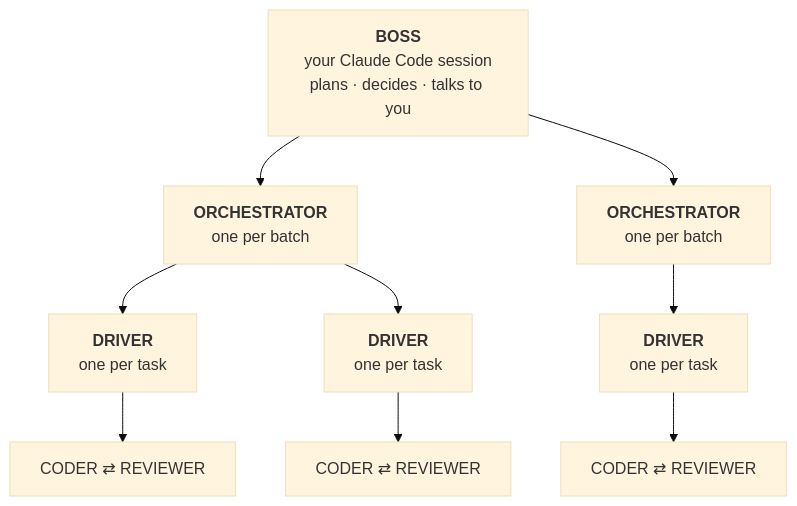
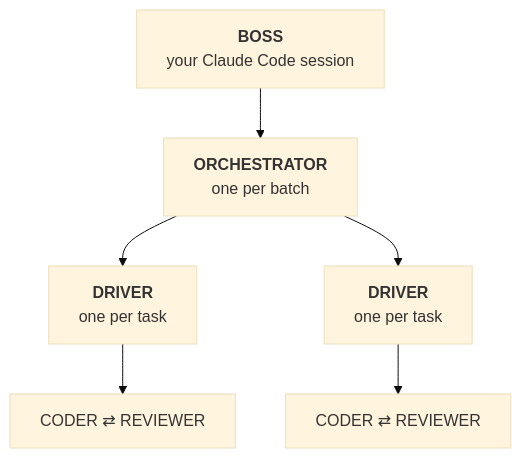
Before and after one commit to joaoveronezi/the-crew: the first of 2 diagrams in docs/how-it-works.md, drawn with Mermaid (base theme). The commit also changed other lines of this file and 3 other files, not shown here.

````diff
--- a/docs/how-it-works.md
+++ b/docs/how-it-works.md
@@ -9,15 +7,8 @@
 ```mermaid
 flowchart TD
-    B["<b>BOSS</b><br/>your Claude Code session<br/>plans · decides · talks to you"]
-
-    B --> O1["<b>ORCHESTRATOR</b><br/>one per batch"]
-    B --> O2["<b>ORCHESTRATOR</b><br/>one per batch"]
-
-    O1 --> D1["<b>DRIVER</b><br/>one per task"]
-    O1 --> D2["<b>DRIVER</b><br/>one per task"]
-    O2 --> D3["<b>DRIVER</b><br/>one per task"]
-
+    B["<b>BOSS</b><br/>your Claude Code session"] --> O["<b>ORCHESTRATOR</b><br/>one per batch"]
+    O --> D1["<b>DRIVER</b><br/>one per task"]
+    O --> D2["<b>DRIVER</b><br/>one per task"]
     D1 --> P1["CODER ⇄ REVIEWER"]
     D2 --> P2["CODER ⇄ REVIEWER"]
-    D3 --> P3["CODER ⇄ REVIEWER"]
 ```
````
